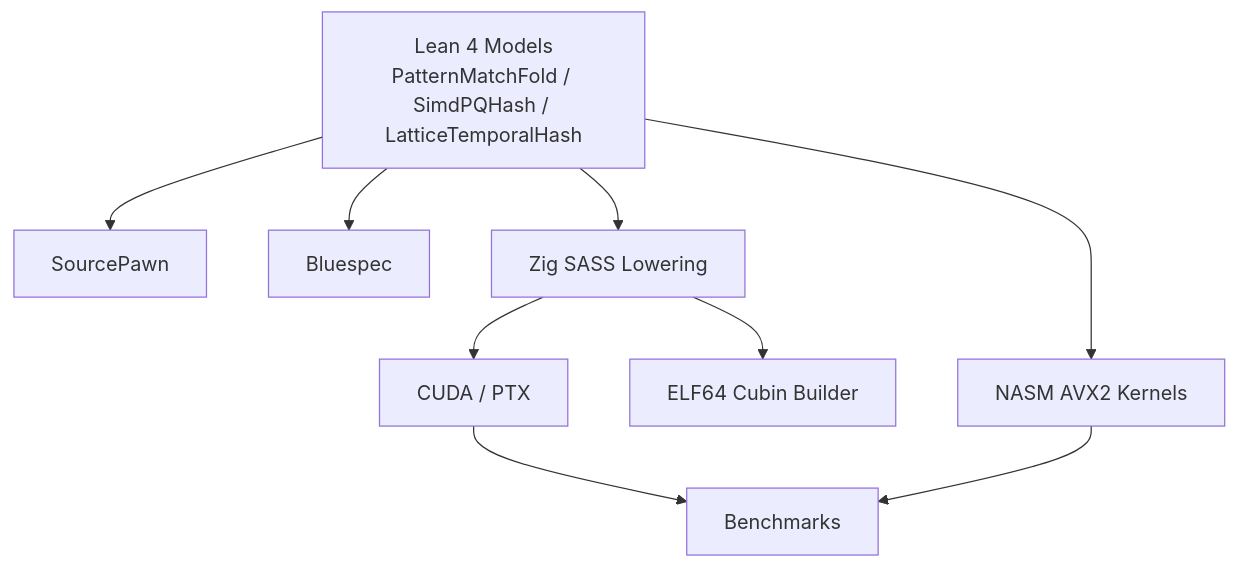
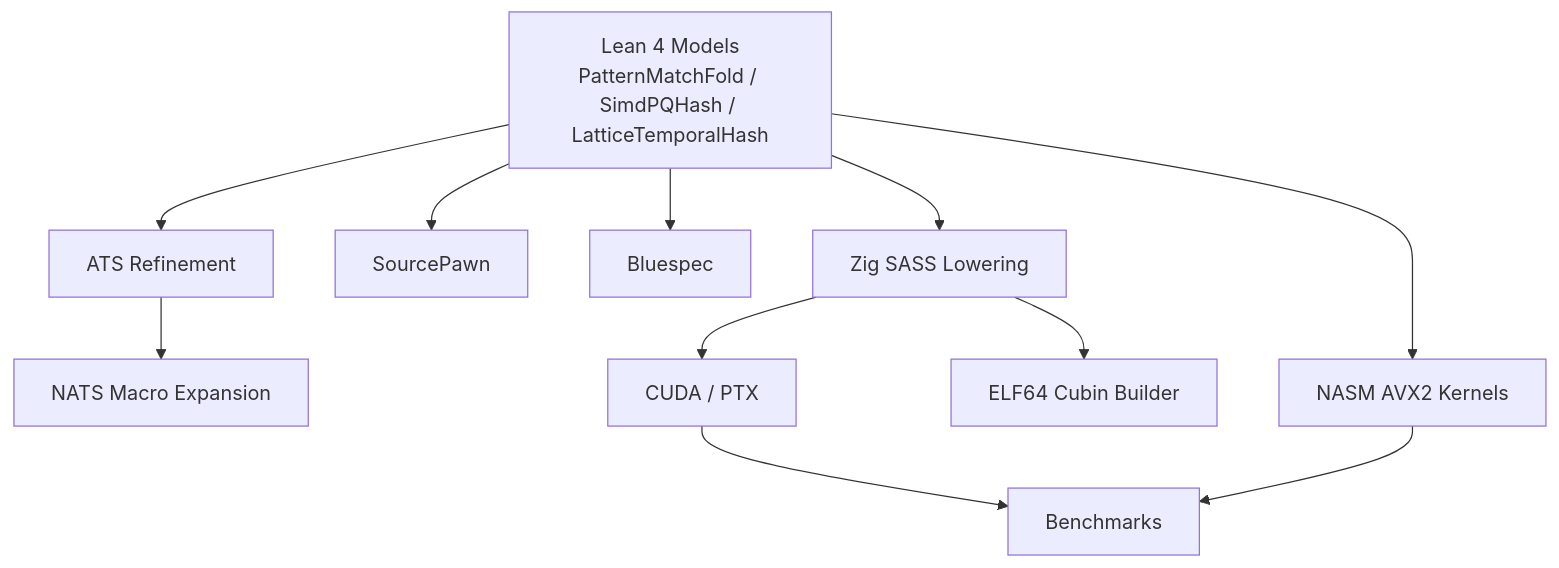
One commit to AHMADALIPARR/pattern-match-fold changed the diagram in README.md. Above: the diagram before and after it, drawn with Mermaid. The commit also changed other lines of this file, not shown here.

Commit message:
Document ATS refinement proofs and NATS macros in README

````diff
--- a/README.md
+++ b/README.md
@@ -122,11 +123,13 @@
 ```mermaid
 graph TD
-    Lean[Lean 4 Models<br/>PatternMatchFold / SimdPQHash / LatticeTemporalHash] --> Asm[NASM AVX2 Kernels]
+    Lean[Lean 4 Models<br/>PatternMatchFold / SimdPQHash / LatticeTemporalHash] --> ATS[ATS Refinement]
+    ATS --> NATS[NATS Macro Expansion]
+    Lean --> Asm[NASM AVX2 Kernels]
     Lean --> SP[SourcePawn]
     Lean --> BS[Bluespec]
     Lean --> Zig[Zig SASS Lowering]
     Zig --> Cubin[ELF64 Cubin Builder]
     Zig --> CUDA[CUDA / PTX]
     CUDA --> Bench[Benchmarks]
     Asm --> Bench
 ```
````
